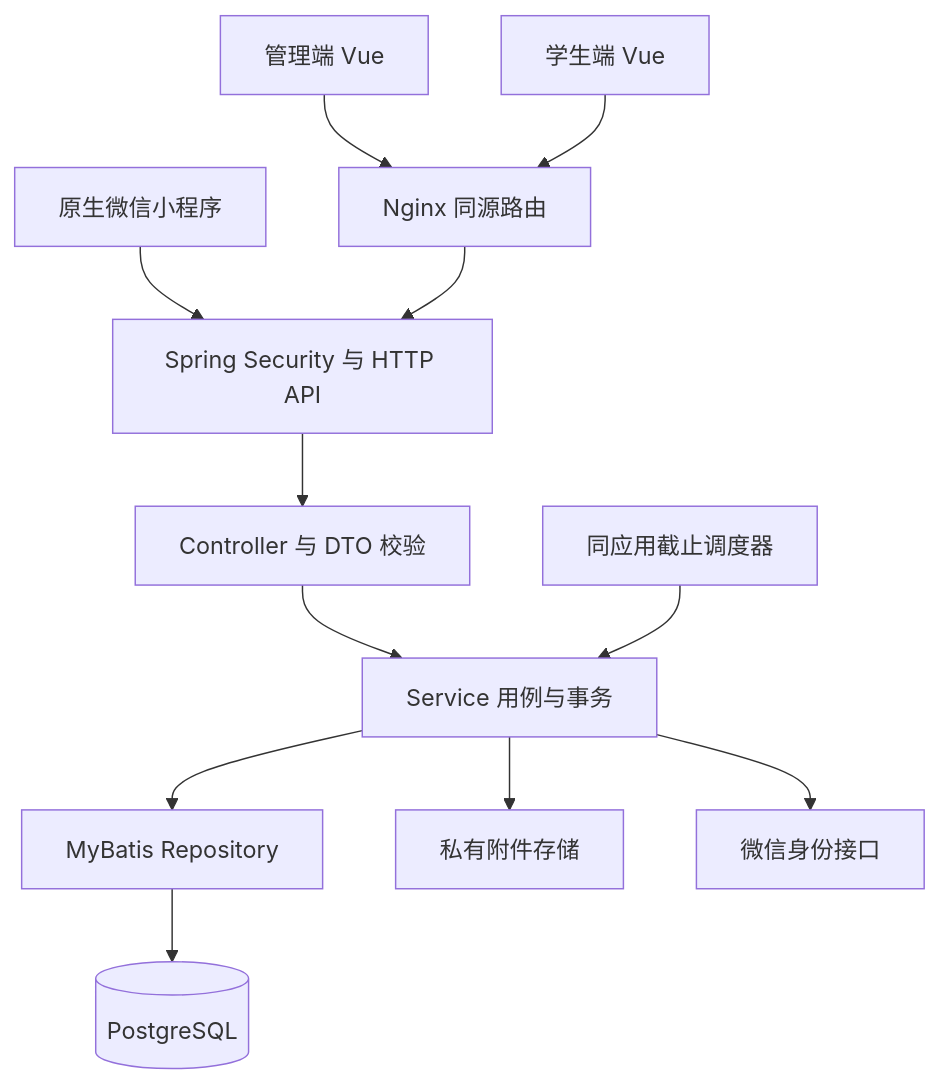
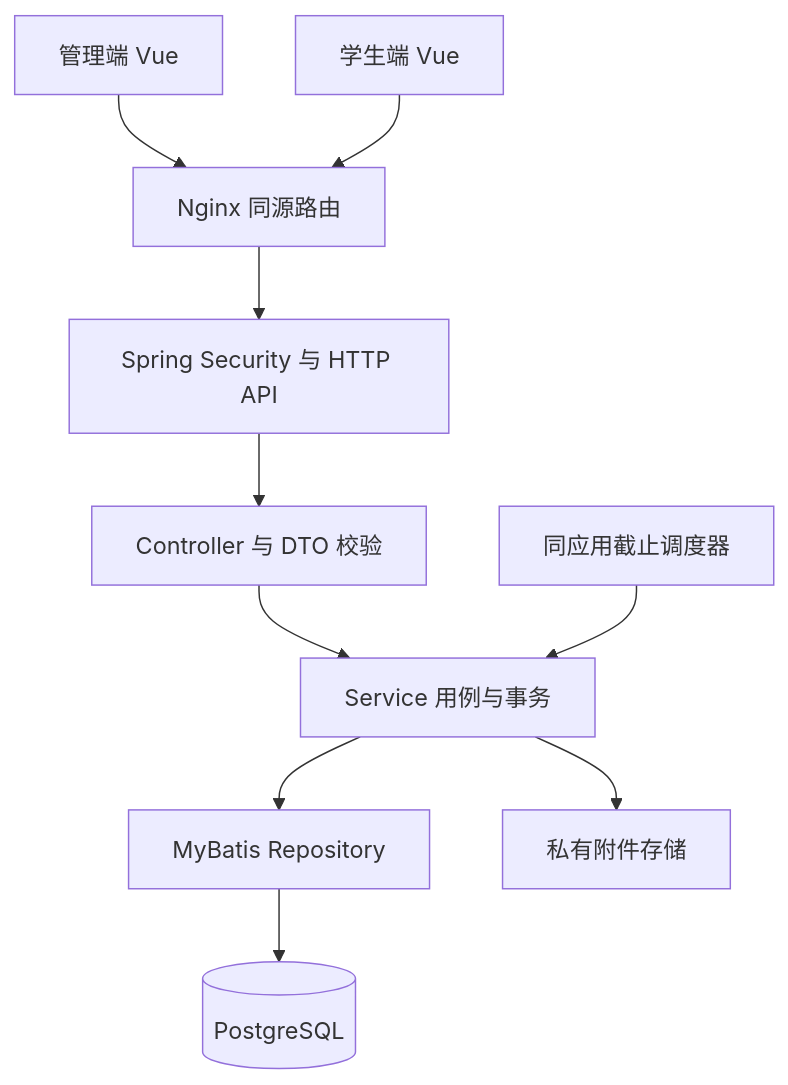
The first of 3 diagrams in openspec/changes/build-online-exam-platform/design.md (zoominguniverse/Online-Exam-Platform), drawn with Mermaid before and after one commit. The commit also changed other lines of this file and 247 other files, not shown here.

````diff
--- a/openspec/changes/build-online-exam-platform/design.md
+++ b/openspec/changes/build-online-exam-platform/design.md
@@ -80,14 +77,12 @@
 ```mermaid
 flowchart TB
   A[管理端 Vue] --> N[Nginx 同源路由]
   S[学生端 Vue] --> N
-  W[原生微信小程序] --> API
   N --> API[Spring Security 与 HTTP API]
   API --> C[Controller 与 DTO 校验]
   C --> B[Service 用例与事务]
   B --> R[MyBatis Repository]
   R --> DB[(PostgreSQL)]
   B --> F[私有附件存储]
-  B --> WX[微信身份接口]
   T[同应用截止调度器] --> B
 ```
````
